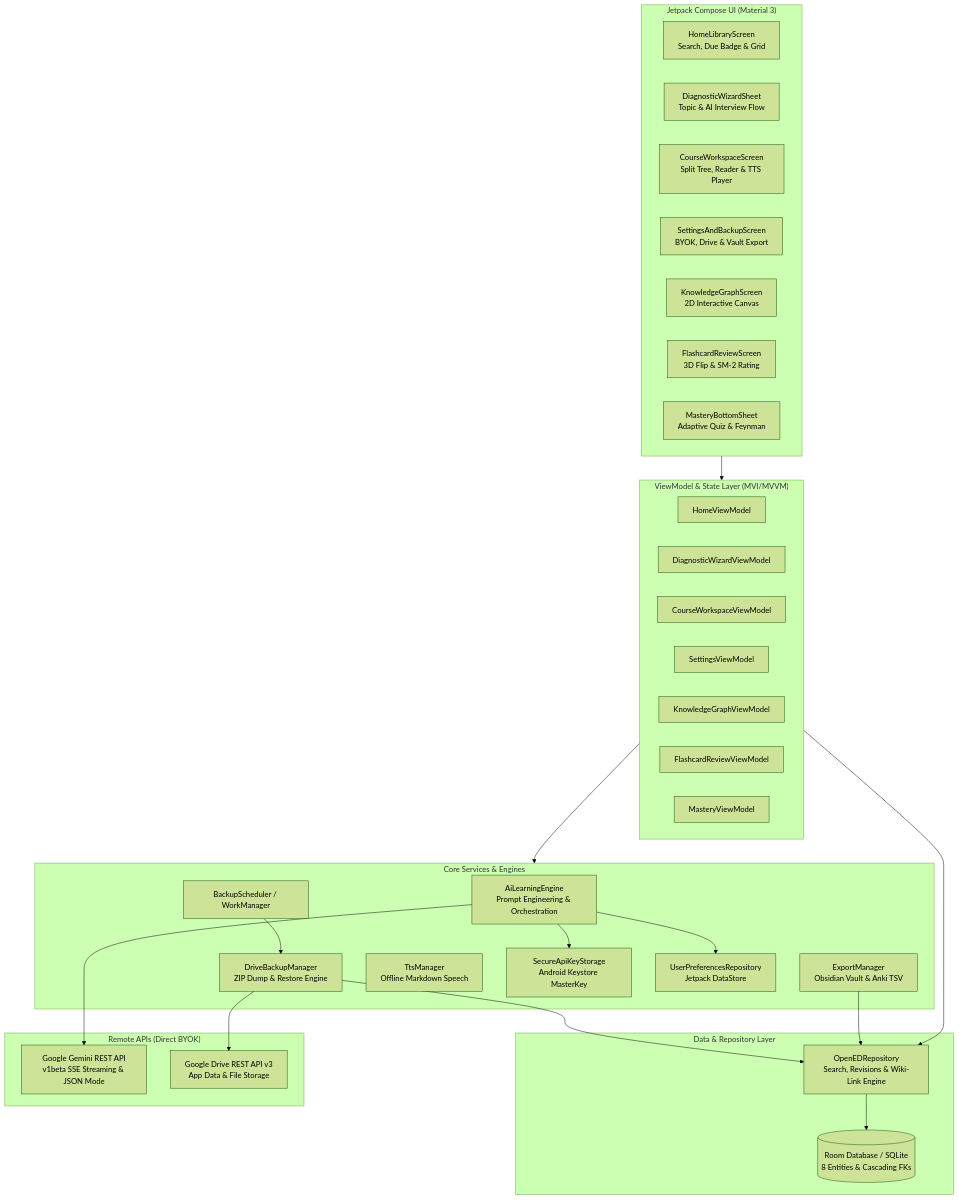
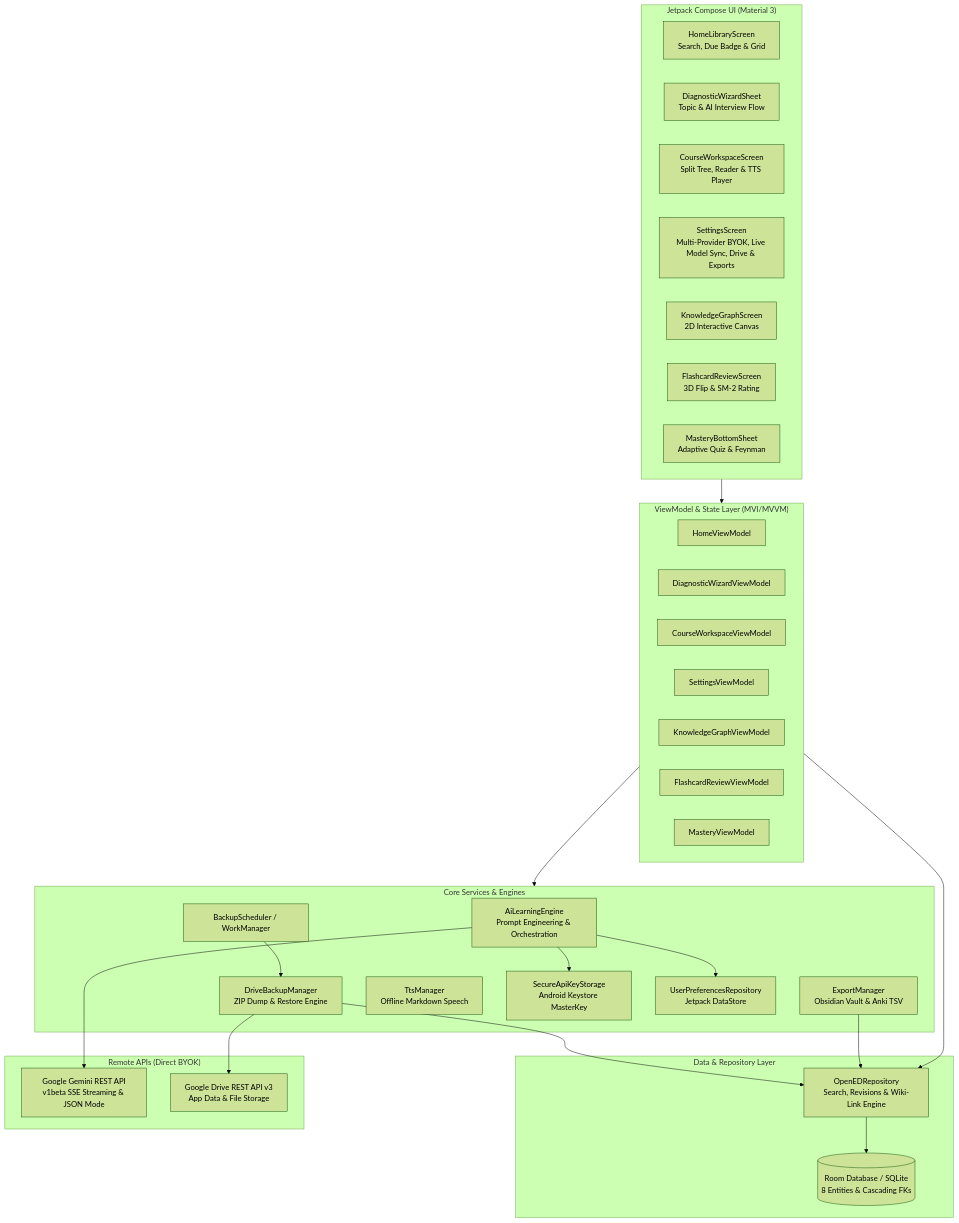
The first of 2 diagrams in README.md (pprpprppr/openED), drawn with Mermaid (forest theme) before and after one commit. The commit also changed other lines of this file and 48 other files, not shown here.

Commit message:
fix: stabilize SSE streaming, LaTeX parser, diagram bounds, and level-adaptive prompts

````diff
--- a/README.md
+++ b/README.md
@@ -90,54 +98,54 @@
 ```mermaid
 flowchart TD
     subgraph UI ["Jetpack Compose UI (Material 3)"]
         Home["HomeLibraryScreen\nSearch, Due Badge & Grid"]
         Wizard["DiagnosticWizardSheet\nTopic & AI Interview Flow"]
         Workspace["CourseWorkspaceScreen\nSplit Tree, Reader & TTS Player"]
-        Settings["SettingsAndBackupScreen\nBYOK, Drive & Vault Export"]
+        Settings["SettingsScreen\nMulti-Provider BYOK, Live Model Sync, Drive & Exports"]
         Graph["KnowledgeGraphScreen\n2D Interactive Canvas"]
         Cards["FlashcardReviewScreen\n3D Flip & SM-2 Rating"]
         Mastery["MasteryBottomSheet\nAdaptive Quiz & Feynman"]
     end
 
     subgraph ViewModelLayer ["ViewModel & State Layer (MVI/MVVM)"]
         HVM["HomeViewModel"]
         WVM["DiagnosticWizardViewModel"]
         CWVM["CourseWorkspaceViewModel"]
         SVM["SettingsViewModel"]
         GVM["KnowledgeGraphViewModel"]
         FVM["FlashcardReviewViewModel"]
         MVM["MasteryViewModel"]
     end
 
     subgraph CoreEngine ["Core Services & Engines"]
         ALE["AiLearningEngine\nPrompt Engineering & Orchestration"]
         DBM["DriveBackupManager\nZIP Dump & Restore Engine"]
         EXM["ExportManager\nObsidian Vault & Anki TSV"]
         TTS["TtsManager\nOffline Markdown Speech"]
         BS["BackupScheduler / WorkManager"]
         KEY["SecureApiKeyStorage\nAndroid Keystore MasterKey"]
         DS["UserPreferencesRepository\nJetpack DataStore"]
     end
 
     subgraph DataLayer ["Data & Repository Layer"]
         REPO["OpenEDRepository\nSearch, Revisions & Wiki-Link Engine"]
         ROOM[("Room Database / SQLite\n8 Entities & Cascading FKs")]
     end
 
     subgraph RemoteAPIs ["Remote APIs (Direct BYOK)"]
         GEMINI["Google Gemini REST API\nv1beta SSE Streaming & JSON Mode"]
         DRIVE["Google Drive REST API v3\nApp Data & File Storage"]
     end
 
     UI --> ViewModelLayer
     ViewModelLayer --> CoreEngine
     ViewModelLayer --> REPO
     ALE --> GEMINI
     ALE --> KEY
     ALE --> DS
     DBM --> DRIVE
     DBM --> REPO
     EXM --> REPO
     BS --> DBM
     REPO --> ROOM
 ```
````
